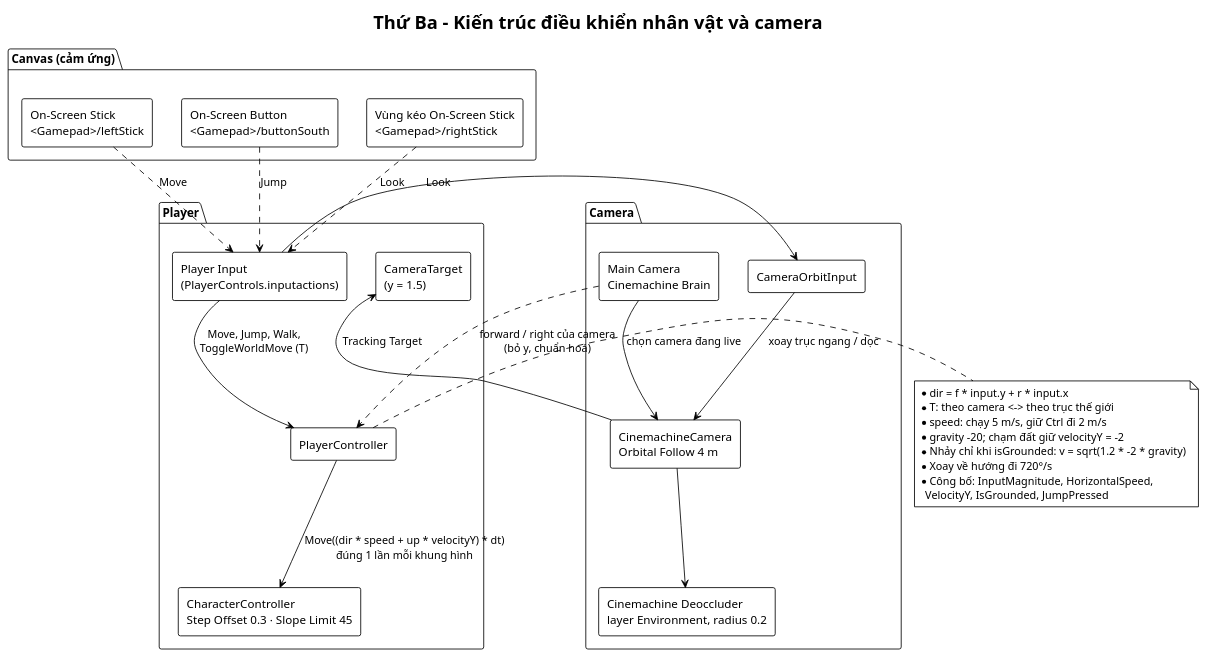
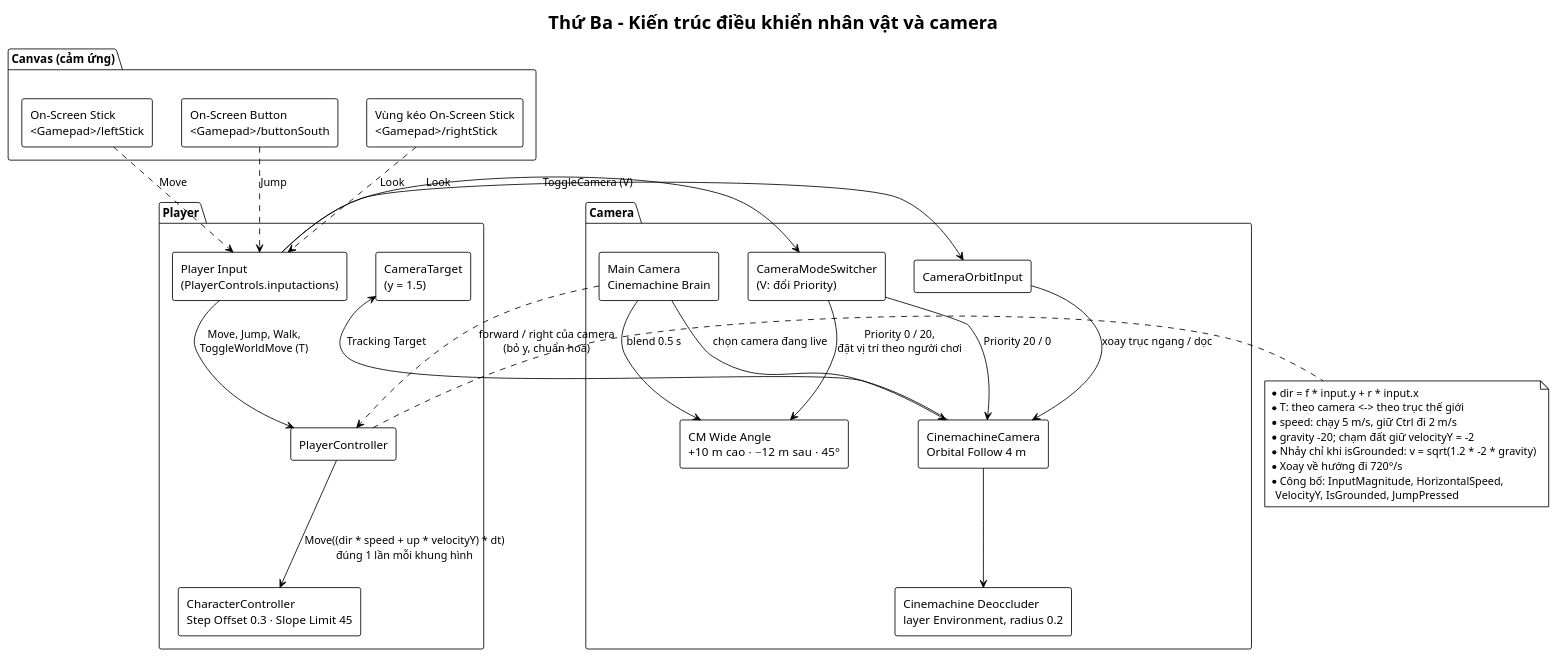
The first of 4 diagrams in Docs/Diagrams.puml (Vu-QuocHuy/game-3D-bao-cao), drawn with PlantUML before and after one commit. The commit also changed 32 other files, not shown here.

First line of the commit message:
Restore wide-angle camera on V

```diff
--- a/Docs/Diagrams.puml
+++ b/Docs/Diagrams.puml
@@ -1,49 +1,55 @@
 @startuml ThuBa_Architecture
 !theme plain
 skinparam componentStyle rectangle
 
 title Thứ Ba - Kiến trúc điều khiển nhân vật và camera
 
 package "Player" {
   [Player Input\n(PlayerControls.inputactions)] as Input
   [PlayerController] as Controller
   [CharacterController\nStep Offset 0.3 · Slope Limit 45] as CC
   [CameraTarget\n(y = 1.5)] as Target
 }
 
 package "Canvas (cảm ứng)" {
   [On-Screen Stick\n<Gamepad>/leftStick] as Stick
   [On-Screen Button\n<Gamepad>/buttonSouth] as JumpBtn
   [Vùng kéo On-Screen Stick\n<Gamepad>/rightStick] as LookArea
 }
 
 package "Camera" {
   [Main Camera\nCinemachine Brain] as Brain
   [CinemachineCamera\nOrbital Follow 4 m] as VCam
   [CameraOrbitInput] as OrbitInput
+  [CameraModeSwitcher\n(V: đổi Priority)] as Mode
+  [CM Wide Angle\n+10 m cao · −12 m sau · 45°] as Wide
   [Cinemachine Deoccluder\nlayer Environment, radius 0.2] as Deocc
 }
 
 Stick ..> Input : Move
 JumpBtn ..> Input : Jump
 LookArea ..> Input : Look
 Input --> Controller : Move, Jump, Walk,\nToggleWorldMove (T)
 Input --> OrbitInput : Look
 OrbitInput --> VCam : xoay trục ngang / dọc
 VCam --> Target : Tracking Target
 VCam --> Deocc
 Brain --> VCam : chọn camera đang live
+Input --> Mode : ToggleCamera (V)
+Mode --> VCam : Priority 20 / 0
+Mode --> Wide : Priority 0 / 20,\nđặt vị trí theo người chơi
+Brain --> Wide : blend 0.5 s
 Brain ..> Controller : forward / right của camera\n(bỏ y, chuẩn hoá)
 Controller --> CC : Move((dir * speed + up * velocityY) * dt)\nđúng 1 lần mỗi khung hình
 
 note right of Controller
   * dir = f * input.y + r * input.x
   * T: theo camera <-> theo trục thế giới
   * speed: chạy 5 m/s, giữ Ctrl đi 2 m/s
   * gravity -20; chạm đất giữ velocityY = -2
   * Nhảy chỉ khi isGrounded: v = sqrt(1.2 * -2 * gravity)
   * Xoay về hướng đi 720°/s
   * Công bố: InputMagnitude, HorizontalSpeed,
     VelocityY, IsGrounded, JumpPressed
 end note
 @enduml
```
